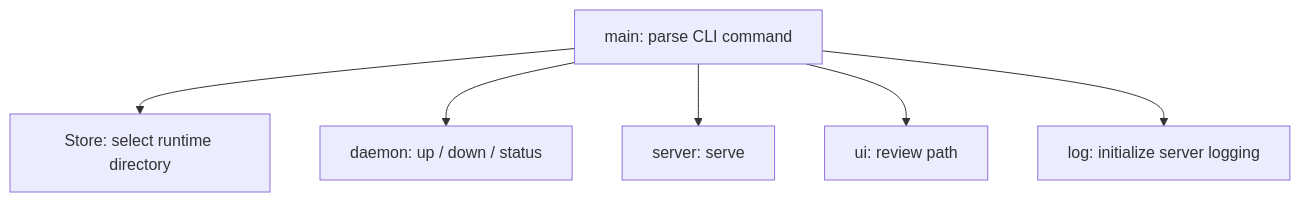
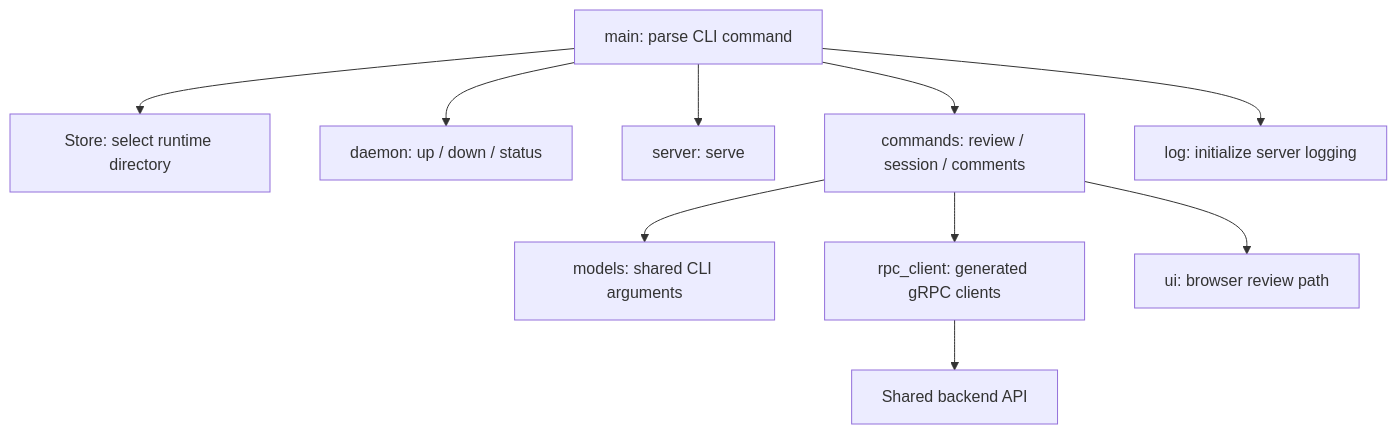
The first of 3 diagrams in docs/architecture/cli/index.md (difflab-io/lgtm), drawn with Mermaid before and after one commit. The commit also changed other lines of this file and 207 other files, not shown here.

````diff
--- a/docs/architecture/cli/index.md
+++ b/docs/architecture/cli/index.md
@@ -35,8 +50,12 @@
 ```mermaid
 flowchart TD
     MAIN["main: parse CLI command"] --> STORE["Store: select runtime directory"]
     MAIN --> DAEMON["daemon: up / down / status"]
     MAIN --> SERVER["server: serve"]
-    MAIN --> UI["ui: review path"]
+    MAIN --> COMMANDS["commands: review / session / comments"]
+    COMMANDS --> MODELS["models: shared CLI arguments"]
+    COMMANDS --> CLIENT["rpc_client: generated gRPC clients"]
+    COMMANDS --> UI["ui: browser review path"]
+    CLIENT --> BACKEND["Shared backend API"]
     MAIN --> LOG["log: initialize server logging"]
 ```
````
